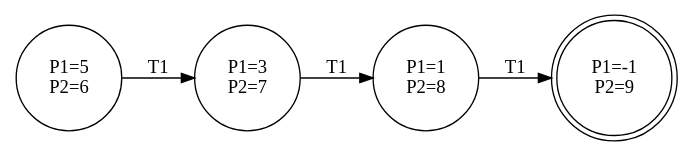
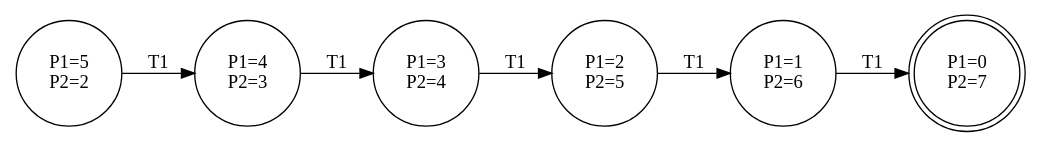
One commit to noemie-cyber/Projet_Petri changed the diagram in graph.dot. Above: the diagram before and after it, drawn with Graphviz. The commit also changed 20 other files, not shown here.

```diff
--- a/graph.dot
+++ b/graph.dot
@@ -1,10 +1,14 @@
 digraph Reachability {
   rankdir=LR;
-  S0 [label="P1=5\nP2=6", shape=circle];
-  S1 [label="P1=3\nP2=7", shape=circle];
-  S2 [label="P1=1\nP2=8", shape=circle];
-  S3 [label="P1=-1\nP2=9", shape=doublecircle];
+  S0 [label="P1=5\nP2=2", shape=circle];
+  S1 [label="P1=4\nP2=3", shape=circle];
+  S2 [label="P1=3\nP2=4", shape=circle];
+  S3 [label="P1=2\nP2=5", shape=circle];
+  S4 [label="P1=1\nP2=6", shape=circle];
+  S5 [label="P1=0\nP2=7", shape=doublecircle];
   S0 -> S1 [label="T1"];
   S1 -> S2 [label="T1"];
   S2 -> S3 [label="T1"];
+  S3 -> S4 [label="T1"];
+  S4 -> S5 [label="T1"];
 }
```
